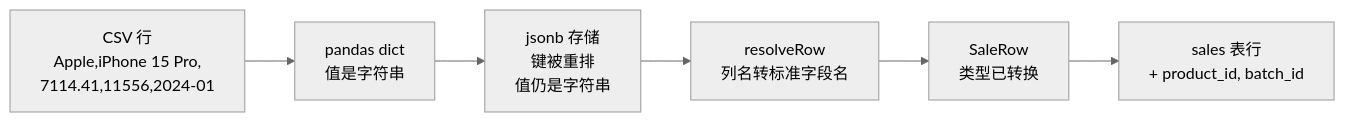
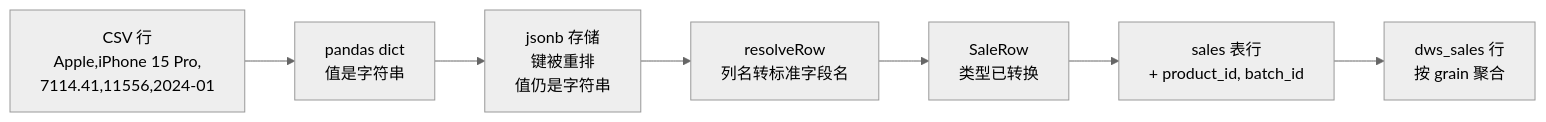
Before and after one commit to huql0605/pygo_product_manage_partform: the third of 7 diagrams in docs/architecture.md, drawn with Mermaid (neutral theme). The commit also changed other lines of this file and 7 other files, not shown here.

Commit message:
dws层加入，比较差异，更新架构图

````diff
--- a/docs/architecture.md
+++ b/docs/architecture.md
@@ -115,11 +126,12 @@
 ```mermaid
 flowchart LR
     S1["CSV 行<br/>Apple,iPhone 15 Pro,<br/>7114.41,11556,2024-01"]
     S2["pandas dict<br/>值是字符串"]
     S3["jsonb 存储<br/>键被重排<br/>值仍是字符串"]
     S4["resolveRow<br/>列名转标准字段名"]
     S5["SaleRow<br/>类型已转换"]
     S6["sales 表行<br/>+ product_id, batch_id"]
+    S7["dws_sales 行<br/>按 grain 聚合"]
 
-    S1 --> S2 --> S3 --> S4 --> S5 --> S6
+    S1 --> S2 --> S3 --> S4 --> S5 --> S6 --> S7
 ```
````
